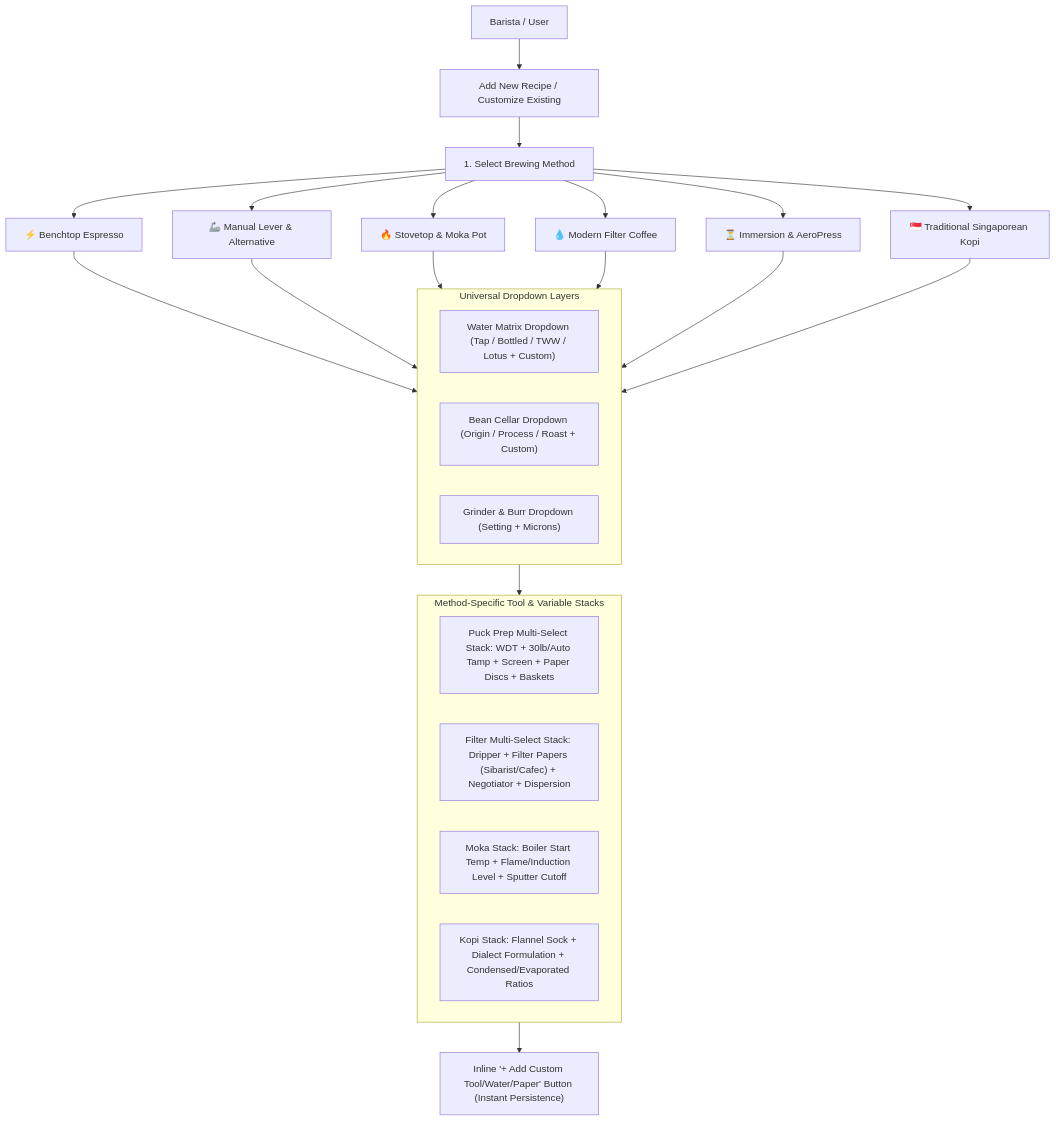
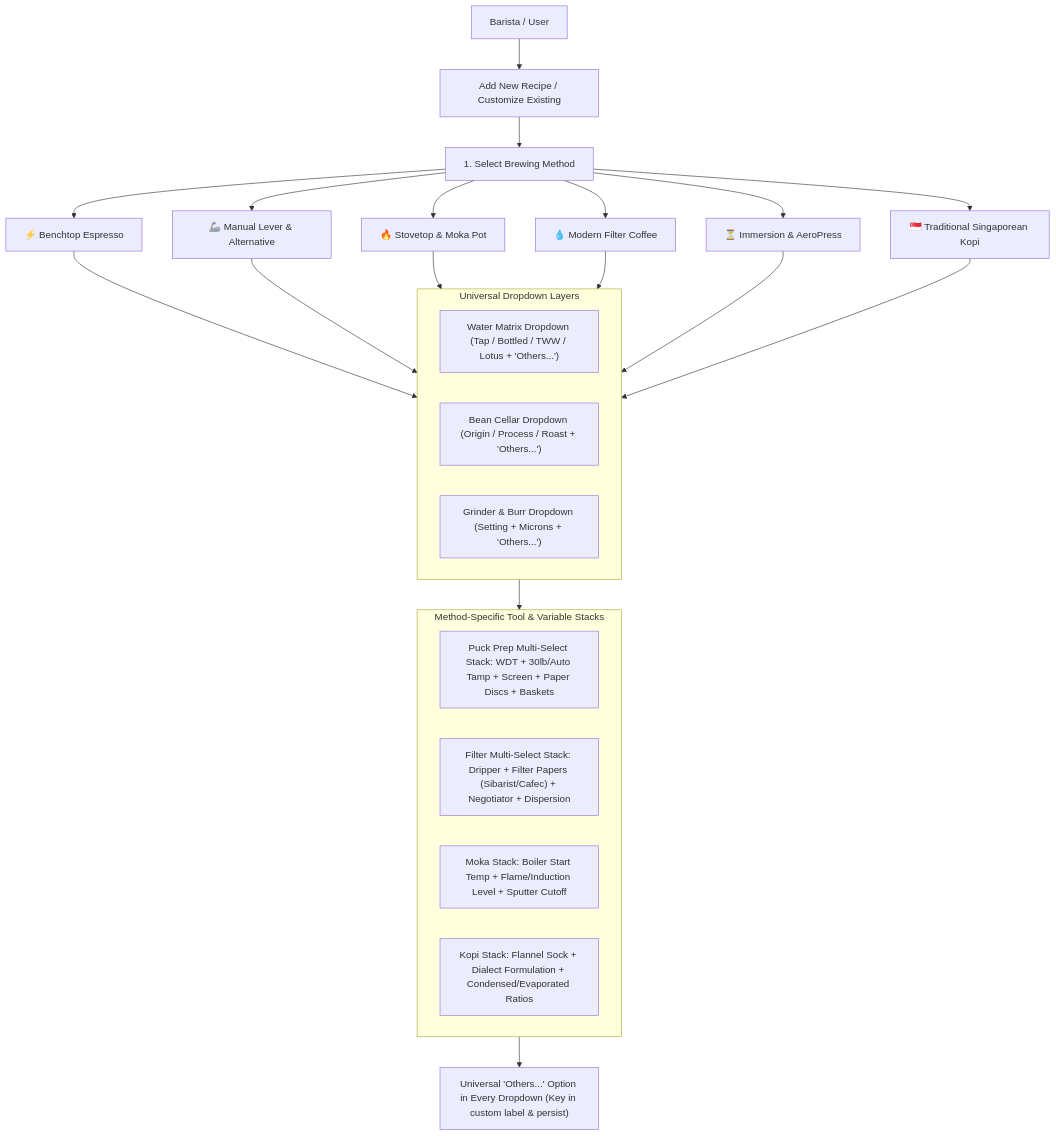
One commit to VictoriaC128/CoffeeWorks changed the first of 5 diagrams in PLAN.md. Above: the diagram before and after it, drawn with Mermaid. The commit also changed other lines of this file, not shown here.

Commit message:
Add Onboarding & Default Method Engine and Universal 'Others...' custom label key-in specification

````diff
--- a/PLAN.md
+++ b/PLAN.md
@@ -11,31 +11,31 @@
 ```mermaid
 flowchart TD
     User["Barista / User"] --> Action["Add New Recipe / Customize Existing"]
     Action --> Category["1. Select Brewing Method"]
 
     Category --> M1["⚡ Benchtop Espresso"]
     Category --> M2["🦾 Manual Lever & Alternative"]
     Category --> M3["🔥 Stovetop & Moka Pot"]
     Category --> M4["💧 Modern Filter Coffee"]
     Category --> M5["⏳ Immersion & AeroPress"]
     Category --> M6["🇸🇬 Traditional Singaporean Kopi"]
 
     M1 & M2 & M3 & M4 & M5 & M6 --> Universal["Universal Dropdown Layers"]
     
     subgraph Universal ["Universal Dropdown Layers"]
-        WaterDD["Water Matrix Dropdown (Tap / Bottled / TWW / Lotus + Custom)"]
-        BeanDD["Bean Cellar Dropdown (Origin / Process / Roast + Custom)"]
-        GrinderDD["Grinder & Burr Dropdown (Setting + Microns)"]
+        WaterDD["Water Matrix Dropdown (Tap / Bottled / TWW / Lotus + 'Others...')"]
+        BeanDD["Bean Cellar Dropdown (Origin / Process / Roast + 'Others...')"]
+        GrinderDD["Grinder & Burr Dropdown (Setting + Microns + 'Others...')"]
     end
 
     Universal --> MethodSpecific["Method-Specific Tool & Variable Stacks"]
 
     subgraph MethodSpecific ["Method-Specific Tool & Variable Stacks"]
         EspStack["Puck Prep Multi-Select Stack: WDT + 30lb/Auto Tamp + Screen + Paper Discs + Baskets"]
         FilterStack["Filter Multi-Select Stack: Dripper + Filter Papers (Sibarist/Cafec) + Negotiator + Dispersion"]
         MokaStack["Moka Stack: Boiler Start Temp + Flame/Induction Level + Sputter Cutoff"]
         KopiStack["Kopi Stack: Flannel Sock + Dialect Formulation + Condensed/Evaporated Ratios"]
     end
 
-    MethodSpecific --> CustomInject["Inline '+ Add Custom Tool/Water/Paper' Button (Instant Persistence)"]
+    MethodSpecific --> CustomInject["Universal 'Others...' Option in Every Dropdown (Key in custom label & persist)"]
 ```
````
